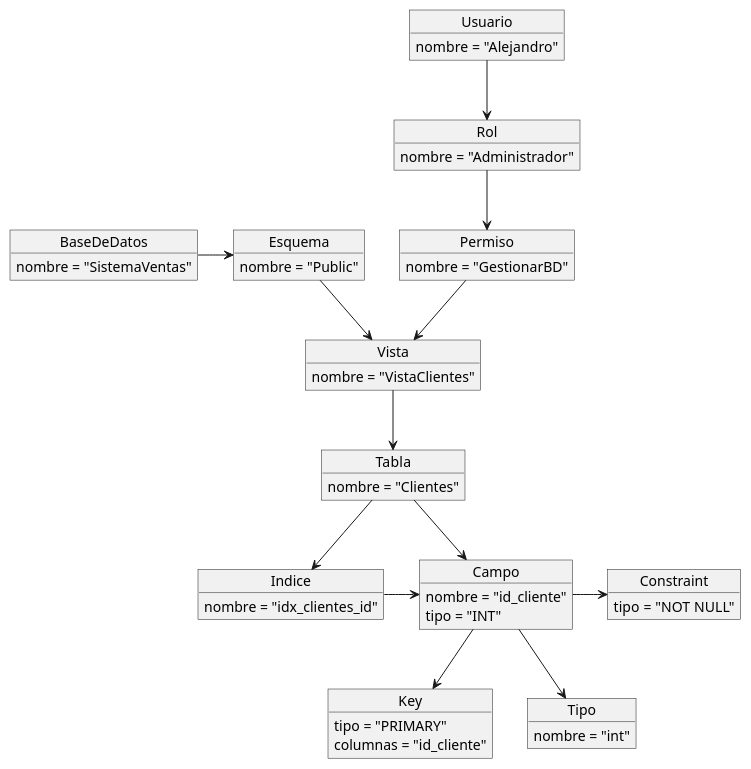
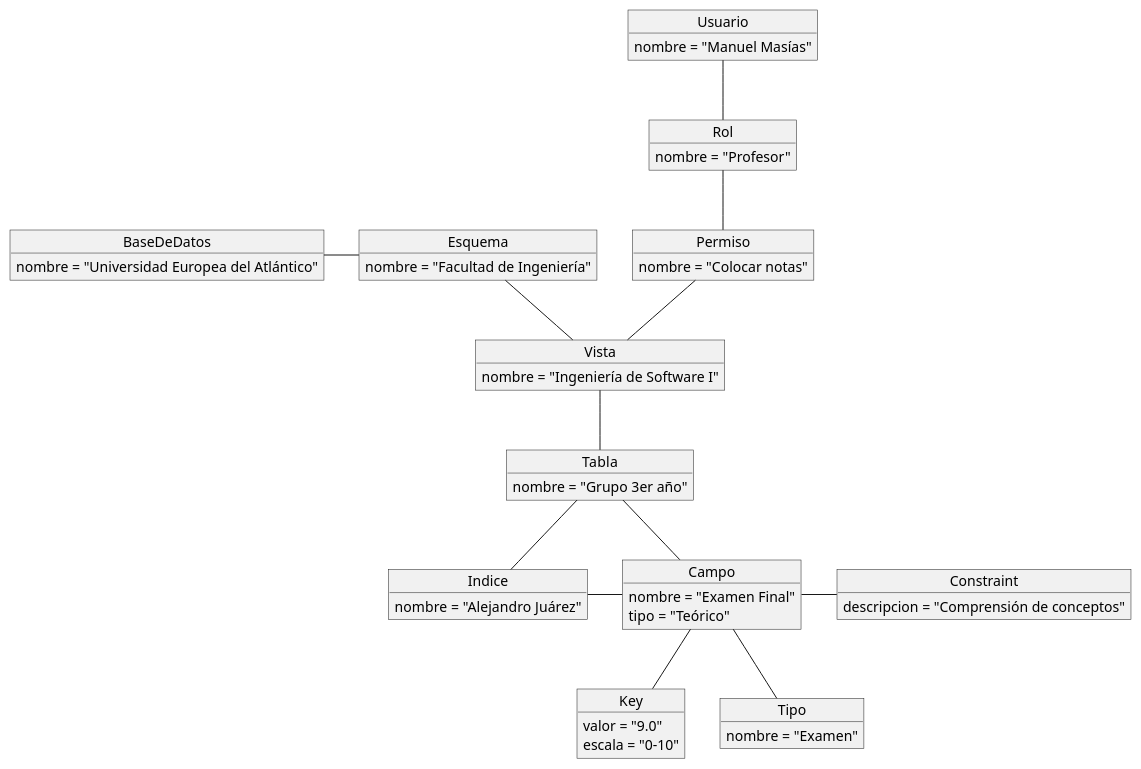
Before and after one commit to Alejandrojuarez0105/25-26-IDSW1: the diagram in entregas/juarezAlejandro/examenParcial/modelosUML/1erDiObCorregidoBD.puml, drawn with PlantUML. The commit also changed 4 other files, not shown here.

First line of the commit message:
Corrección de los diagramas de objetos para un mejor enfoque

```diff
--- a/entregas/juarezAlejandro/examenParcial/modelosUML/1erDiObCorregidoBD.puml
+++ b/entregas/juarezAlejandro/examenParcial/modelosUML/1erDiObCorregidoBD.puml
@@ -1,66 +1,66 @@
 @startuml
 object Usuario {
-  nombre = "Alejandro"
+  nombre = "Manuel Masías"
 }
 
 object Rol {
-  nombre = "Administrador"
+  nombre = "Profesor"
 }
 
 object Permiso {
-  nombre = "GestionarBD"
+  nombre = "Colocar notas"
 }
 
 object BaseDeDatos {
-  nombre = "SistemaVentas"
+  nombre = "Universidad Europea del Atlántico"
 }
 
 object Esquema {
-  nombre = "Public"
+  nombre = "Facultad de Ingeniería"
 }
 
 object Vista {
-  nombre = "VistaClientes"
+  nombre = "Ingeniería de Software I"
 }
 
 object Tabla {
-  nombre = "Clientes"
+  nombre = "Grupo 3er año"
 }
 
 object Indice {
-  nombre = "idx_clientes_id"
+  nombre = "Alejandro Juárez"
 }
 
 object Campo {
-  nombre = "id_cliente"
-  tipo = "INT"
+  nombre = "Examen Final"
+  tipo = "Teórico"
 }
 
 object Constraint {
-  tipo = "NOT NULL"
+  descripcion = "Comprensión de conceptos"
 }
 
 object Key {
-  tipo = "PRIMARY"
-  columnas = "id_cliente"
+  valor = "9.0"
+  escala = "0-10"
 }
 
 object Tipo {
-  nombre = "int"
+  nombre = "Examen"
 }
 
-Usuario --> Rol
-BaseDeDatos -right-> Esquema
-Rol --> Permiso
-Esquema --> Vista
-Permiso --> Vista
-Vista --> Tabla
-Tabla --> Indice
-Indice -right-> Campo
-Tabla --> Campo
-Campo -right-> Constraint
-Campo --> Key
-Campo --> Tipo
+Usuario -- Rol
+BaseDeDatos -right- Esquema
+Rol -- Permiso
+Esquema -- Vista
+Permiso -- Vista
+Vista -- Tabla
+Tabla -- Indice
+Indice -right- Campo
+Tabla -- Campo
+Campo -right- Constraint
+Campo -- Key
+Campo -- Tipo
 
 hide empty members
 @enduml
```
